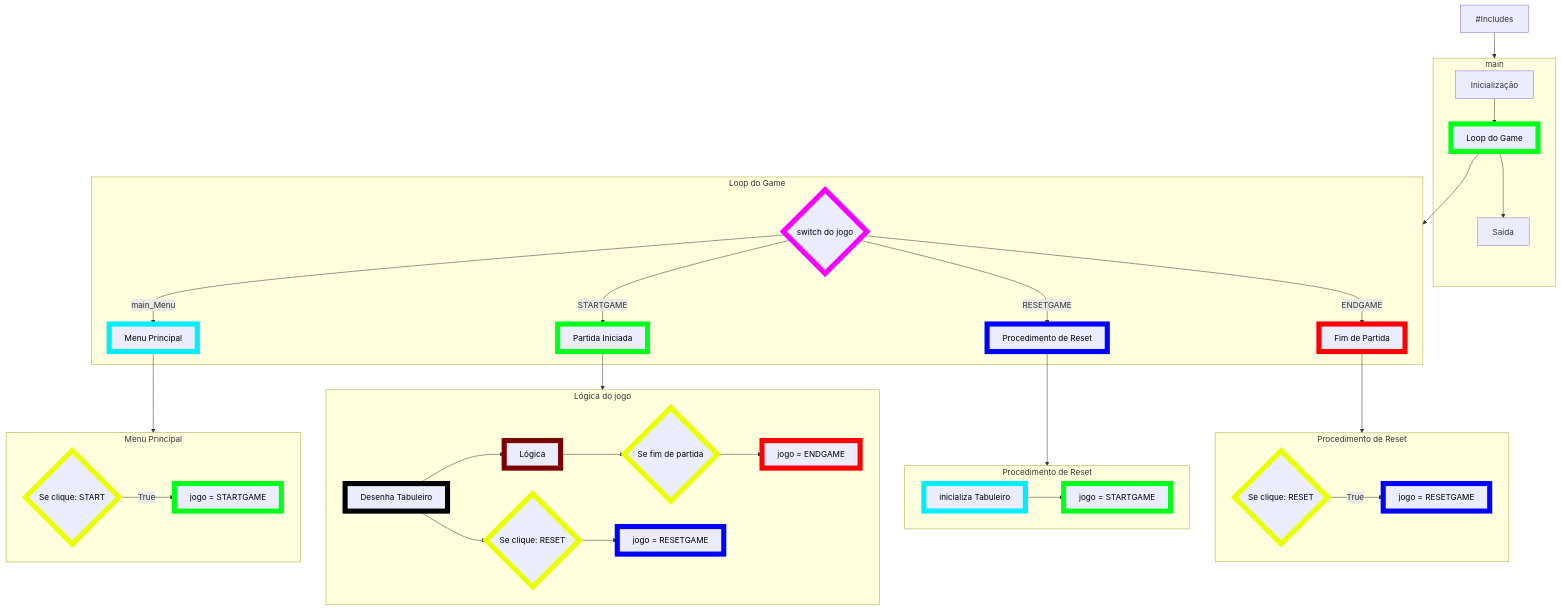
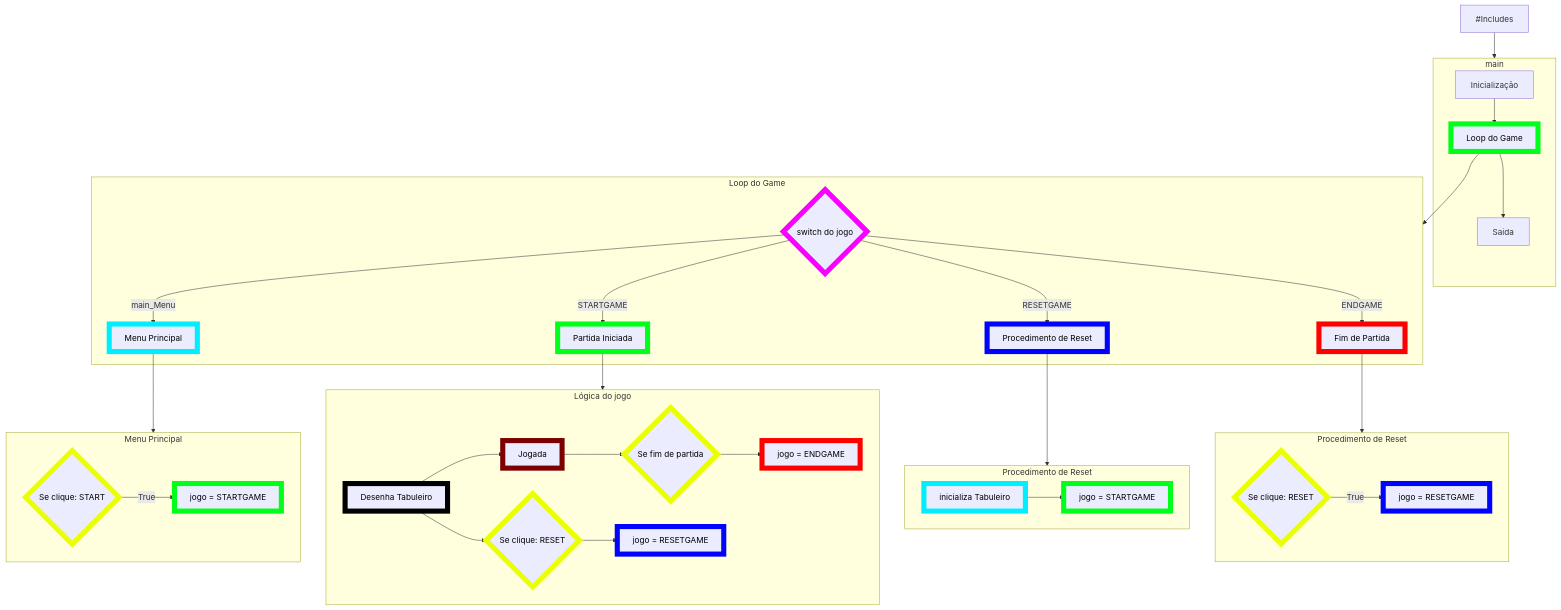
One commit to gabrieljsantos/Resta-Um changed the diagram in Fruxo.md. Above: the diagram before and after it, drawn with Mermaid.

Commit message:
FLUXO GRAMA 29/10
Corrected label in game logic from 'Lógica' to 'Jogada'.

```diff
--- a/Fruxo.md
+++ b/Fruxo.md
@@ -29,7 +29,7 @@
     STARTGAME --> STARTGAME_code
     subgraph STARTGAME_code[Lógica do jogo]
     Desenha_STARTGAME[Desenha Tabuleiro]
-    --> Jogada_STARTGAME[Lógica]
+    --> Jogada_STARTGAME[Jogada]
     --> if_ENDGAME{Se fim de partida} -->fim[jogo = ENDGAME]
     Desenha_STARTGAME[Desenha Tabuleiro]
     -->if_RESETBUTTON{Se clique: RESET}
```
